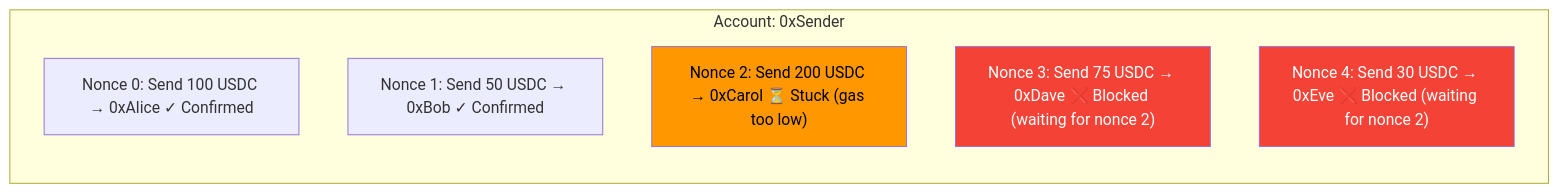
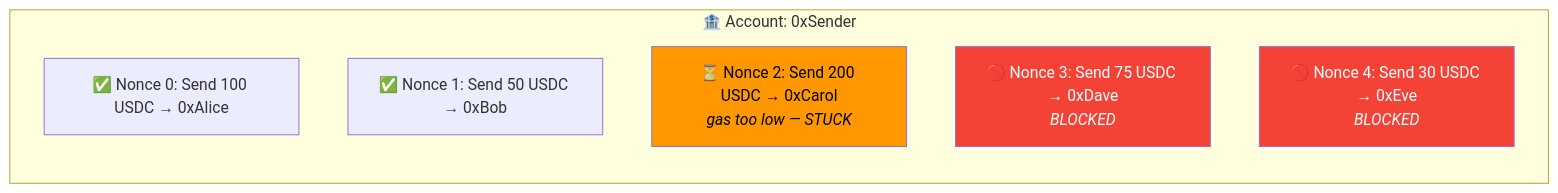
The second of 9 diagrams in README.md (Puneethkumarck/stablebridge-tx-recovery), drawn with Mermaid before and after one commit. The commit also changed other lines of this file, not shown here.

````diff
--- a/README.md
+++ b/README.md
@@ -182,15 +196,15 @@
 ```mermaid
 flowchart TB
-    subgraph Account["Account: 0xSender"]
+    subgraph Account["🏦 Account: 0xSender"]
         direction TB
-        N0["Nonce 0: Send 100 USDC → 0xAlice ✓ Confirmed"]
-        N1["Nonce 1: Send 50 USDC → 0xBob ✓ Confirmed"]
-        N2["Nonce 2: Send 200 USDC → 0xCarol ⏳ Stuck (gas too low)"]
-        N3["Nonce 3: Send 75 USDC → 0xDave ❌ Blocked (waiting for nonce 2)"]
-        N4["Nonce 4: Send 30 USDC → 0xEve ❌ Blocked (waiting for nonce 2)"]
+        N0["✅ Nonce 0: Send 100 USDC → 0xAlice"]
+        N1["✅ Nonce 1: Send 50 USDC → 0xBob"]
+        N2["⏳ Nonce 2: Send 200 USDC → 0xCarol<br/><i>gas too low — STUCK</i>"]
+        N3["🚫 Nonce 3: Send 75 USDC → 0xDave<br/><i>BLOCKED</i>"]
+        N4["🚫 Nonce 4: Send 30 USDC → 0xEve<br/><i>BLOCKED</i>"]
     end
 
     style N2 fill:#ff9800,color:#000
     style N3 fill:#f44336,color:#fff
     style N4 fill:#f44336,color:#fff
 ```
````
